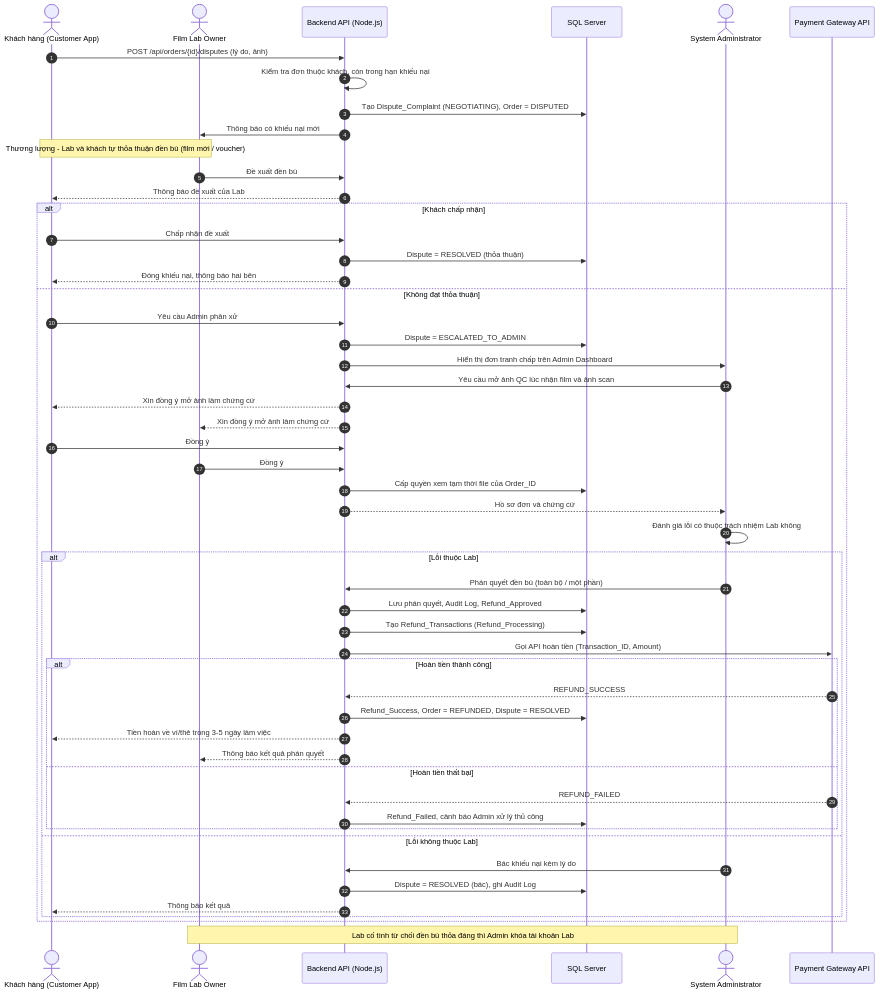
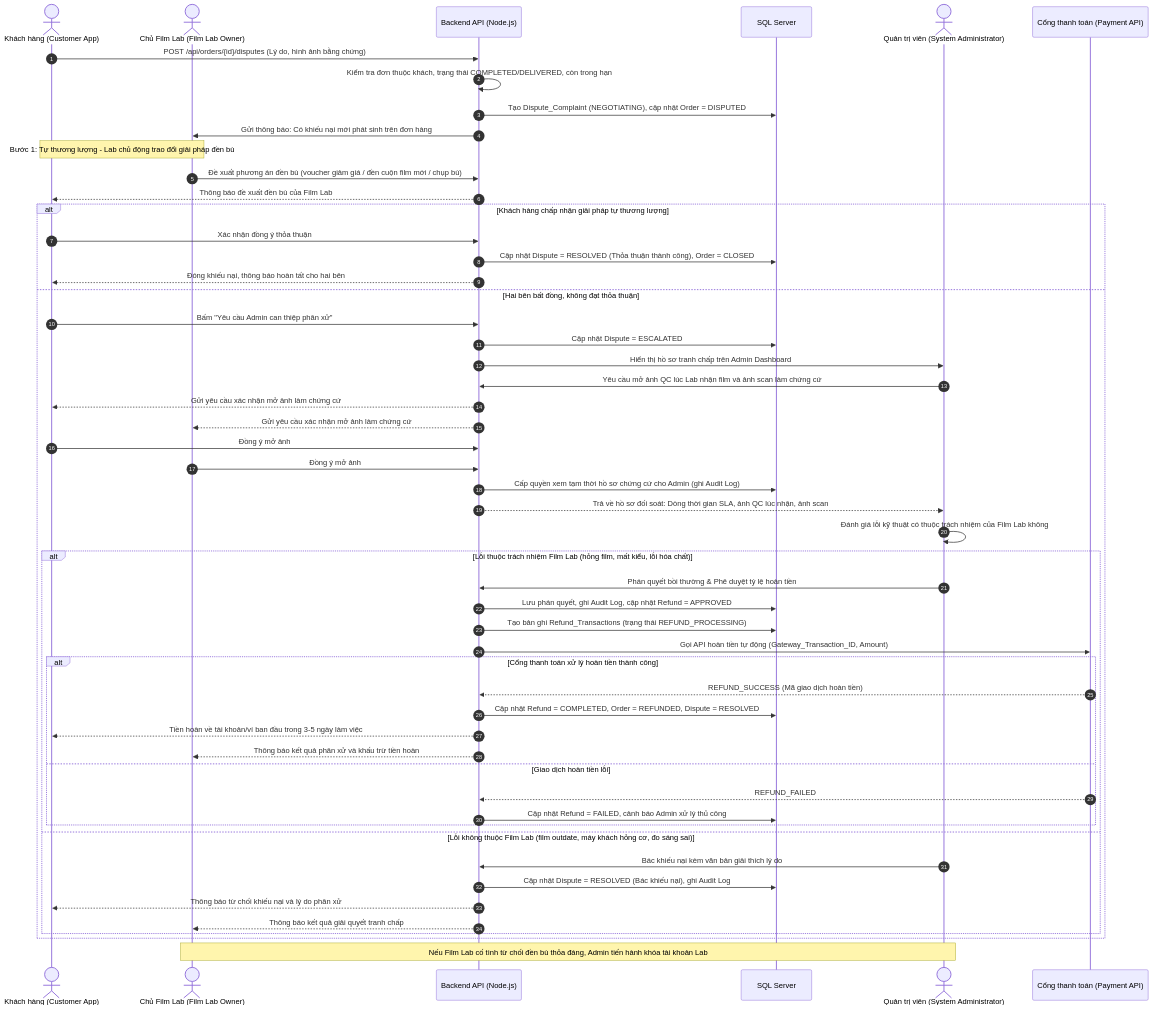
One commit to huylamnhat/Photographer-enthusiastic-environment changed the fifth of 5 diagrams in doc/week 2/week2-state-sequence.md. Above: the diagram before and after it, drawn with Mermaid. The commit also changed other lines of this file and 3 other files, not shown here.

````diff
--- a/doc/week 2/week2-state-sequence.md
+++ b/doc/week 2/week2-state-sequence.md
@@ -192,55 +228,56 @@
 ```mermaid
 sequenceDiagram
     autonumber
     actor KH as Khách hàng (Customer App)
-    actor LAB as Film Lab Owner
+    actor LAB as Chủ Film Lab (Film Lab Owner)
     participant BE as Backend API (Node.js)
     participant DB as SQL Server
-    actor AD as System Administrator
-    participant PG as Payment Gateway API
+    actor AD as Quản trị viên (System Administrator)
+    participant PG as Cổng thanh toán (Payment API)
 
-    KH->>BE: POST /api/orders/{id}/disputes (lý do, ảnh)
-    BE->>BE: Kiểm tra đơn thuộc khách, còn trong hạn khiếu nại
-    BE->>DB: Tạo Dispute_Complaint (NEGOTIATING), Order = DISPUTED
-    BE->>LAB: Thông báo có khiếu nại mới
-    Note over KH,LAB: Thương lượng - Lab và khách tự thỏa thuận đền bù (film mới / voucher)
-    LAB->>BE: Đề xuất đền bù
-    BE-->>KH: Thông báo đề xuất của Lab
-    alt Khách chấp nhận
-        KH->>BE: Chấp nhận đề xuất
-        BE->>DB: Dispute = RESOLVED (thỏa thuận)
-        BE-->>KH: Đóng khiếu nại, thông báo hai bên
-    else Không đạt thỏa thuận
-        KH->>BE: Yêu cầu Admin phân xử
-        BE->>DB: Dispute = ESCALATED_TO_ADMIN
-        BE->>AD: Hiển thị đơn tranh chấp trên Admin Dashboard
-        AD->>BE: Yêu cầu mở ảnh QC lúc nhận film và ảnh scan
-        BE-->>KH: Xin đồng ý mở ảnh làm chứng cứ
-        BE-->>LAB: Xin đồng ý mở ảnh làm chứng cứ
-        KH->>BE: Đồng ý
-        LAB->>BE: Đồng ý
-        BE->>DB: Cấp quyền xem tạm thời file của Order_ID
-        BE-->>AD: Hồ sơ đơn và chứng cứ
-        AD->>AD: Đánh giá lỗi có thuộc trách nhiệm Lab không
-        alt Lỗi thuộc Lab
-            AD->>BE: Phán quyết đền bù (toàn bộ / một phần)
-            BE->>DB: Lưu phán quyết, Audit Log, Refund_Approved
-            BE->>DB: Tạo Refund_Transactions (Refund_Processing)
-            BE->>PG: Gọi API hoàn tiền (Transaction_ID, Amount)
-            alt Hoàn tiền thành công
-                PG-->>BE: REFUND_SUCCESS
-                BE->>DB: Refund_Success, Order = REFUNDED, Dispute = RESOLVED
-                BE-->>KH: Tiền hoàn về ví/thẻ trong 3-5 ngày làm việc
-                BE-->>LAB: Thông báo kết quả phán quyết
-            else Hoàn tiền thất bại
+    KH->>BE: POST /api/orders/{id}/disputes (Lý do, hình ảnh bằng chứng)
+    BE->>BE: Kiểm tra đơn thuộc khách, trạng thái COMPLETED/DELIVERED, còn trong hạn
+    BE->>DB: Tạo Dispute_Complaint (NEGOTIATING), cập nhật Order = DISPUTED
+    BE->>LAB: Gửi thông báo: Có khiếu nại mới phát sinh trên đơn hàng
+    Note over KH,LAB: Bước 1: Tự thương lượng - Lab chủ động trao đổi giải pháp đền bù
+    LAB->>BE: Đề xuất phương án đền bù (voucher giảm giá / đền cuộn film mới / chụp bù)
+    BE-->>KH: Thông báo đề xuất đền bù của Film Lab
+    alt Khách hàng chấp nhận giải pháp tự thương lượng
+        KH->>BE: Xác nhận đồng ý thỏa thuận
+        BE->>DB: Cập nhật Dispute = RESOLVED (Thỏa thuận thành công), Order = CLOSED
+        BE-->>KH: Đóng khiếu nại, thông báo hoàn tất cho hai bên
+    else Hai bên bất đồng, không đạt thỏa thuận
+        KH->>BE: Bấm "Yêu cầu Admin can thiệp phân xử"
+        BE->>DB: Cập nhật Dispute = ESCALATED
+        BE->>AD: Hiển thị hồ sơ tranh chấp trên Admin Dashboard
+        AD->>BE: Yêu cầu mở ảnh QC lúc Lab nhận film và ảnh scan làm chứng cứ
+        BE-->>KH: Gửi yêu cầu xác nhận mở ảnh làm chứng cứ
+        BE-->>LAB: Gửi yêu cầu xác nhận mở ảnh làm chứng cứ
+        KH->>BE: Đồng ý mở ảnh
+        LAB->>BE: Đồng ý mở ảnh
+        BE->>DB: Cấp quyền xem tạm thời hồ sơ chứng cứ cho Admin (ghi Audit Log)
+        BE-->>AD: Trả về hồ sơ đối soát: Dòng thời gian SLA, ảnh QC lúc nhận, ảnh scan
+        AD->>AD: Đánh giá lỗi kỹ thuật có thuộc trách nhiệm của Film Lab không
+        alt Lỗi thuộc trách nhiệm Film Lab (hỏng film, mất kiểu, lỗi hóa chất)
+            AD->>BE: Phán quyết bồi thường & Phê duyệt tỷ lệ hoàn tiền
+            BE->>DB: Lưu phán quyết, ghi Audit Log, cập nhật Refund = APPROVED
+            BE->>DB: Tạo bản ghi Refund_Transactions (trạng thái REFUND_PROCESSING)
+            BE->>PG: Gọi API hoàn tiền tự động (Gateway_Transaction_ID, Amount)
+            alt Cổng thanh toán xử lý hoàn tiền thành công
+                PG-->>BE: REFUND_SUCCESS (Mã giao dịch hoàn tiền)
+                BE->>DB: Cập nhật Refund = COMPLETED, Order = REFUNDED, Dispute = RESOLVED
+                BE-->>KH: Tiền hoàn về tài khoản/ví ban đầu trong 3-5 ngày làm việc
+                BE-->>LAB: Thông báo kết quả phân xử và khấu trừ tiền hoàn
+            else Giao dịch hoàn tiền lỗi
                 PG-->>BE: REFUND_FAILED
-                BE->>DB: Refund_Failed, cảnh báo Admin xử lý thủ công
+                BE->>DB: Cập nhật Refund = FAILED, cảnh báo Admin xử lý thủ công
             end
-        else Lỗi không thuộc Lab
-            AD->>BE: Bác khiếu nại kèm lý do
-            BE->>DB: Dispute = RESOLVED (bác), ghi Audit Log
-            BE-->>KH: Thông báo kết quả
+        else Lỗi không thuộc Film Lab (film outdate, máy khách hỏng cơ, đo sáng sai)
+            AD->>BE: Bác khiếu nại kèm văn bản giải thích lý do
+            BE->>DB: Cập nhật Dispute = RESOLVED (Bác khiếu nại), ghi Audit Log
+            BE-->>KH: Thông báo từ chối khiếu nại và lý do phân xử
+            BE-->>LAB: Thông báo kết quả giải quyết tranh chấp
         end
     end
-    Note over LAB,AD: Lab cố tình từ chối đền bù thỏa đáng thì Admin khóa tài khoản Lab
-``` 
+    Note over LAB,AD: Nếu Film Lab cố tình từ chối đền bù thỏa đáng, Admin tiến hành khóa tài khoản Lab
+```
````
